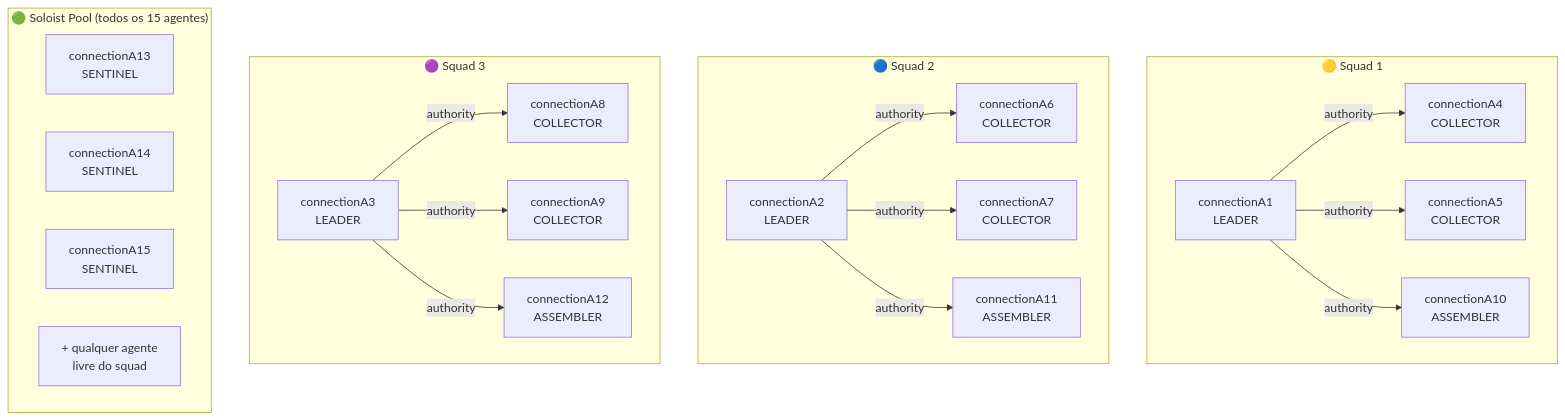
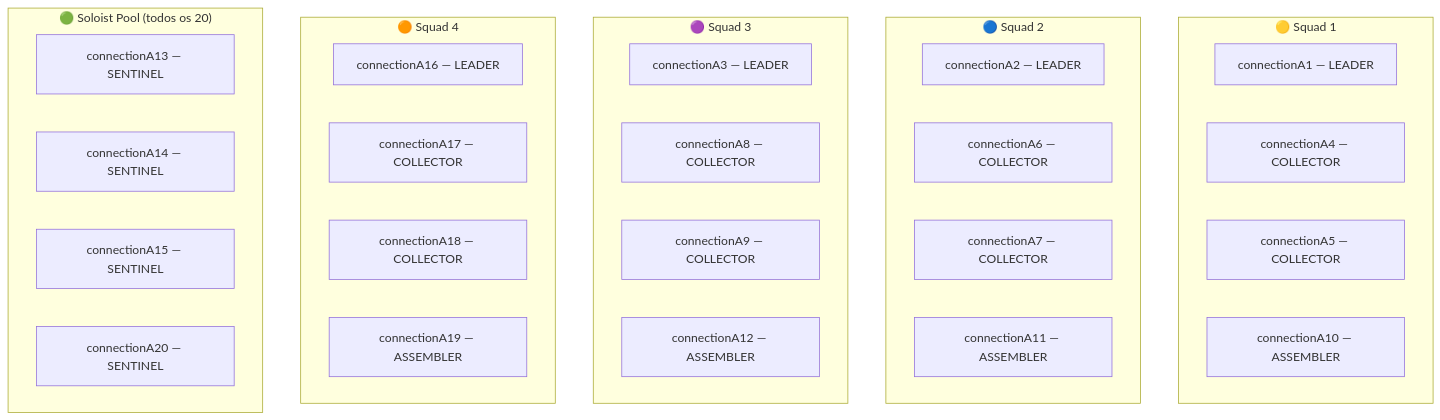
Before and after one commit to THIAGONOMA/PCS5703-MAS-HIVE: the third of 7 diagrams in README.md, drawn with Mermaid. The commit also changed other lines of this file and 8 other files, not shown here.

````diff
--- a/README.md
+++ b/README.md
@@ -218,33 +95,33 @@
 ```mermaid
 graph TD
-    subgraph Squad1["🟡 Squad 1"]
-        A1["connectionA1<br/>LEADER"]
-        A4["connectionA4<br/>COLLECTOR"]
-        A5["connectionA5<br/>COLLECTOR"]
-        A10["connectionA10<br/>ASSEMBLER"]
-        A1 -->|authority| A4 & A5 & A10
+    subgraph S1["🟡 Squad 1"]
+        A1["connectionA1 — LEADER"]
+        A4["connectionA4 — COLLECTOR"]
+        A5["connectionA5 — COLLECTOR"]
+        A10["connectionA10 — ASSEMBLER"]
     end
-
-    subgraph Squad2["🔵 Squad 2"]
-        A2["connectionA2<br/>LEADER"]
-        A6["connectionA6<br/>COLLECTOR"]
-        A7["connectionA7<br/>COLLECTOR"]
-        A11["connectionA11<br/>ASSEMBLER"]
-        A2 -->|authority| A6 & A7 & A11
+    subgraph S2["🔵 Squad 2"]
+        A2["connectionA2 — LEADER"]
+        A6["connectionA6 — COLLECTOR"]
+        A7["connectionA7 — COLLECTOR"]
+        A11["connectionA11 — ASSEMBLER"]
     end
-
-    subgraph Squad3["🟣 Squad 3"]
-        A3["connectionA3<br/>LEADER"]
-        A8["connectionA8<br/>COLLECTOR"]
-        A9["connectionA9<br/>COLLECTOR"]
-        A12["connectionA12<br/>ASSEMBLER"]
-        A3 -->|authority| A8 & A9 & A12
+    subgraph S3["🟣 Squad 3"]
+        A3["connectionA3 — LEADER"]
+        A8["connectionA8 — COLLECTOR"]
+        A9["connectionA9 — COLLECTOR"]
+        A12["connectionA12 — ASSEMBLER"]
     end
-
-    subgraph Pool["🟢 Soloist Pool (todos os 15 agentes)"]
-        A13["connectionA13<br/>SENTINEL"]
-        A14["connectionA14<br/>SENTINEL"]
-        A15["connectionA15<br/>SENTINEL"]
-        PLUS["+ qualquer agente<br/>livre do squad"]
+    subgraph S4["🟠 Squad 4"]
+        A16["connectionA16 — LEADER"]
+        A17["connectionA17 — COLLECTOR"]
+        A18["connectionA18 — COLLECTOR"]
+        A19["connectionA19 — ASSEMBLER"]
+    end
+    subgraph Pool["🟢 Soloist Pool (todos os 20)"]
+        A13["connectionA13 — SENTINEL"]
+        A14["connectionA14 — SENTINEL"]
+        A15["connectionA15 — SENTINEL"]
+        A20["connectionA20 — SENTINEL"]
     end
 ```
````
